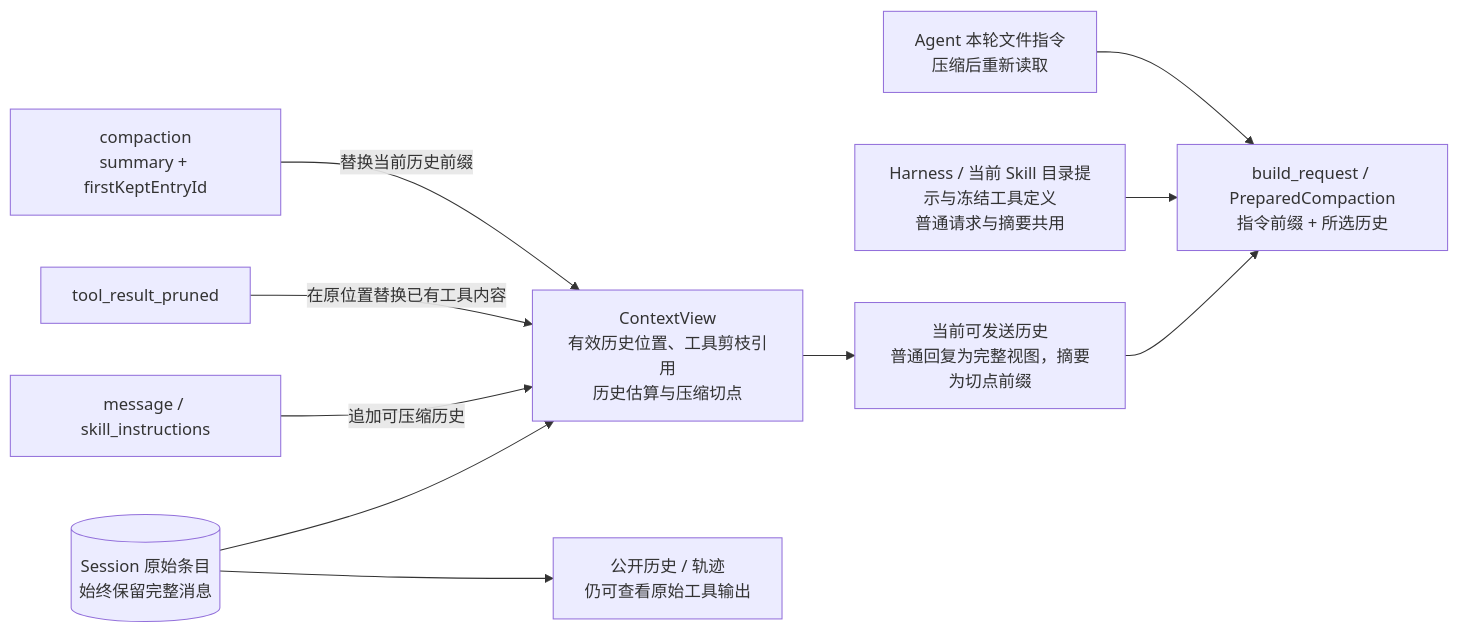
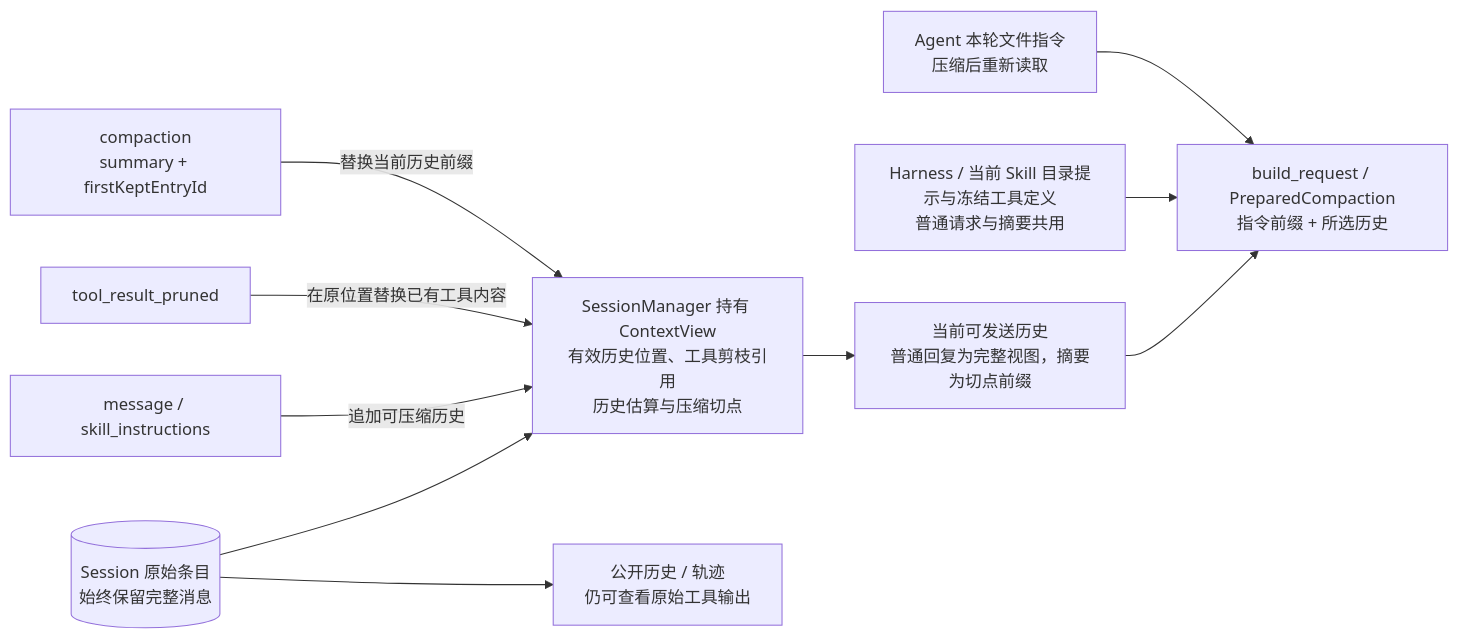
Before and after one commit to qjcnmd/singularity-agent: diagram 22 of 29 in docs/architecture.md, drawn with Mermaid. The commit also changed other lines of this file and 19 other files, not shown here.

Commit message:
Move context usage tracking into the session ledger

````diff
--- a/docs/architecture.md
+++ b/docs/architecture.md
@@ -643,13 +644,13 @@
 ```mermaid
 flowchart LR
     Ledger[("Session 原始条目<br/>始终保留完整消息")]
-    Ledger --> Context["ContextView<br/>有效历史位置、工具剪枝引用<br/>历史估算与压缩切点"]
+    Ledger --> Context["SessionManager 持有 ContextView<br/>有效历史位置、工具剪枝引用<br/>历史估算与压缩切点"]
     Ledger --> Public["公开历史 / 轨迹<br/>仍可查看原始工具输出"]
     Message["message / skill_instructions"] -->|"追加可压缩历史"| Context
     Prune["tool_result_pruned"] -->|"在原位置替换已有工具内容"| Context
     Compact["compaction<br/>summary + firstKeptEntryId"] -->|"替换当前历史前缀"| Context
     Context --> History["当前可发送历史<br/>普通回复为完整视图，摘要为切点前缀"]
     History --> Request["build_request / PreparedCompaction<br/>指令前缀 + 所选历史"]
     Developer["Harness / 当前 Skill 目录提示与冻结工具定义<br/>普通请求与摘要共用"] --> Request
     Files["Agent 本轮文件指令<br/>压缩后重新读取"] --> Request
 ```
````
